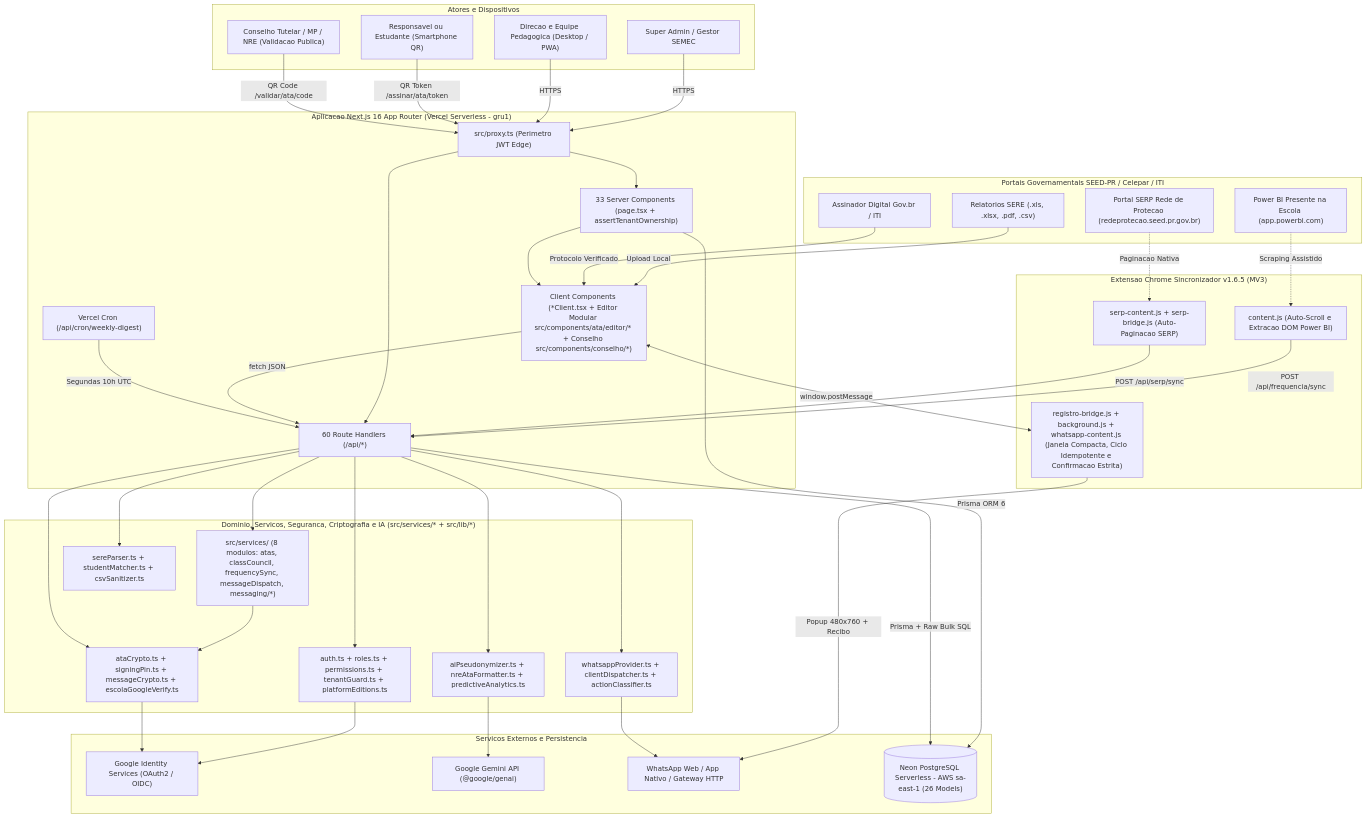
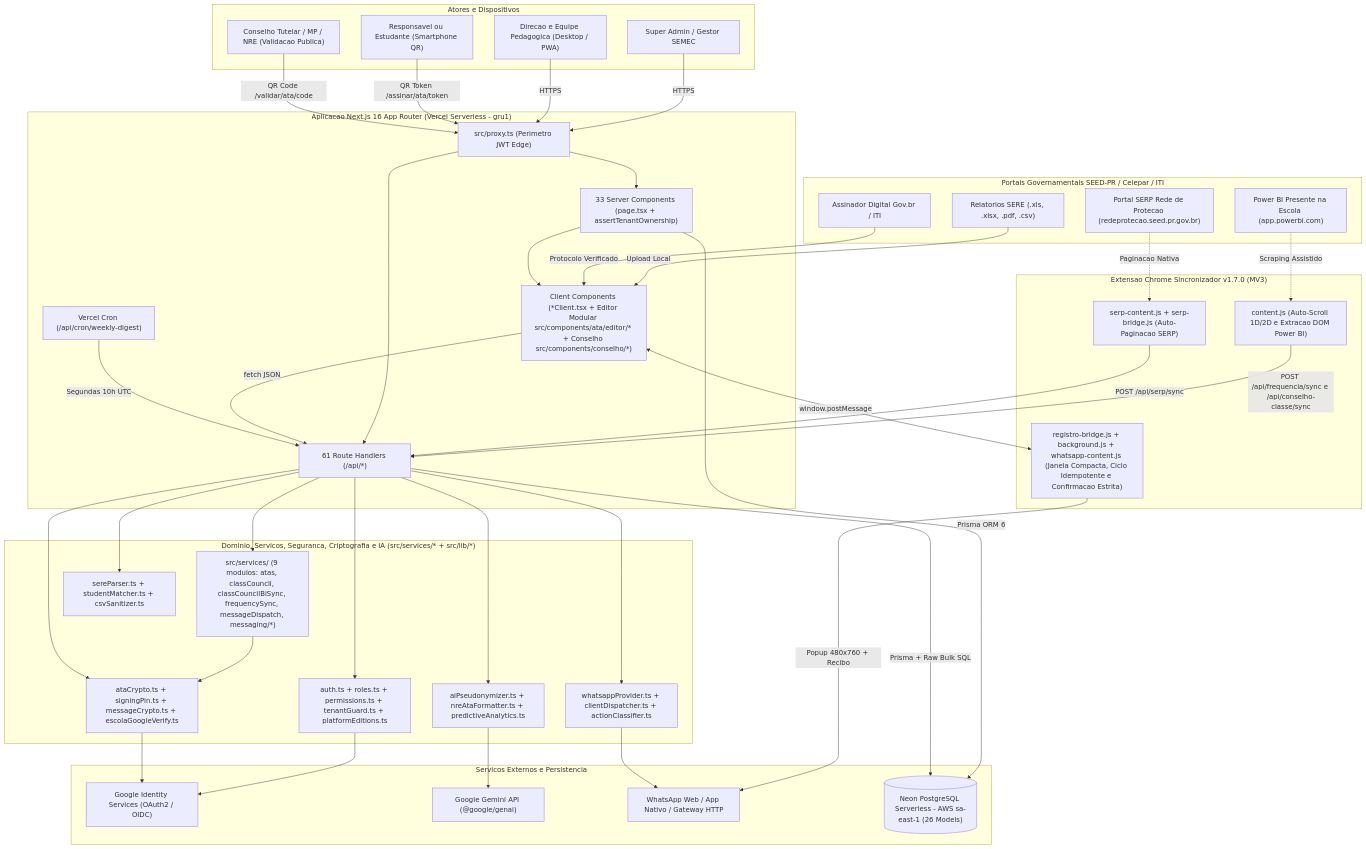
The first of 3 diagrams in docs/ARQUITETURA_E_ENGENHARIA.md (MarcosWrobel/rede-ativa), drawn with Mermaid before and after one commit. The commit also changed other lines of this file and 20 other files, not shown here.

Commit message:
feat(conselho-classe): scraping 2D do BI Aprendizagem (ESCOLA, TURMA, MAPA) na extensao v1.7.0

````diff
--- a/docs/ARQUITETURA_E_ENGENHARIA.md
+++ b/docs/ARQUITETURA_E_ENGENHARIA.md
@@ -24,81 +24,81 @@
 ```mermaid
 flowchart TD
     subgraph Actors ["Atores e Dispositivos"]
         SuperAdmin["Super Admin / Gestor SEMEC"]
         Staff["Direcao e Equipe Pedagogica (Desktop / PWA)"]
         Guardian["Responsavel ou Estudante (Smartphone QR)"]
         ExternalAuth["Conselho Tutelar / MP / NRE (Validacao Publica)"]
     end
 
     subgraph GovPortals ["Portais Governamentais SEED-PR / Celepar / ITI"]
         SERE["Relatorios SERE (.xls, .xlsx, .pdf, .csv)"]
         PBI["Power BI Presente na Escola (app.powerbi.com)"]
         SERP["Portal SERP Rede de Protecao (redeprotecao.seed.pr.gov.br)"]
         GovBr["Assinador Digital Gov.br / ITI"]
     end
 
-    subgraph Extension ["Extensao Chrome Sincronizador v1.6.5 (MV3)"]
-        PBIContent["content.js (Auto-Scroll e Extracao DOM Power BI)"]
+    subgraph Extension ["Extensao Chrome Sincronizador v1.7.0 (MV3)"]
+        PBIContent["content.js (Auto-Scroll 1D/2D e Extracao DOM Power BI)"]
         SERPBridge["serp-content.js + serp-bridge.js (Auto-Paginacao SERP)"]
         WABridge["registro-bridge.js + background.js + whatsapp-content.js (Janela Compacta, Ciclo Idempotente e Confirmacao Estrita)"]
     end
 
     subgraph NextApp ["Aplicacao Next.js 16 App Router (Vercel Serverless - gru1)"]
         EdgeProxy["src/proxy.ts (Perimetro JWT Edge)"]
         RSC["33 Server Components (page.tsx + assertTenantOwnership)"]
         ClientUI["Client Components (*Client.tsx + Editor Modular src/components/ata/editor/* + Conselho src/components/conselho/*)"]
-        APIRoutes["60 Route Handlers (/api/*)"]
+        APIRoutes["61 Route Handlers (/api/*)"]
         CronJob["Vercel Cron (/api/cron/weekly-digest)"]
     end
 
     subgraph CoreLibs ["Dominio, Servicos, Seguranca, Criptografia e IA (src/services/* + src/lib/*)"]
-        DomainServices["src/services/ (8 modulos: atas, classCouncil, frequencySync, messageDispatch, messaging/*)"]
+        DomainServices["src/services/ (9 modulos: atas, classCouncil, classCouncilBiSync, frequencySync, messageDispatch, messaging/*)"]
         AuthLib["auth.ts + roles.ts + permissions.ts + tenantGuard.ts + platformEditions.ts"]
         CryptoLib["ataCrypto.ts + signingPin.ts + messageCrypto.ts + escolaGoogleVerify.ts"]
         ParserLib["sereParser.ts + studentMatcher.ts + csvSanitizer.ts"]
         PrivacyAI["aiPseudonymizer.ts + nreAtaFormatter.ts + predictiveAnalytics.ts"]
         WALib["whatsappProvider.ts + clientDispatcher.ts + actionClassifier.ts"]
     end
 
     subgraph ExternalServices ["Servicos Externos e Persistencia"]
         GoogleOAuth["Google Identity Services (OAuth2 / OIDC)"]
         GeminiAPI["Google Gemini API (@google/genai)"]
         WhatsApp["WhatsApp Web / App Nativo / Gateway HTTP"]
         NeonDB[("Neon PostgreSQL Serverless - AWS sa-east-1 (26 Models)")]
     end
 
     SuperAdmin -->|HTTPS| EdgeProxy
     Staff -->|HTTPS| EdgeProxy
     Guardian -->|QR Token /assinar/ata/token| EdgeProxy
     ExternalAuth -->|QR Code /validar/ata/code| EdgeProxy
 
     SERE -->|Upload Local| ClientUI
     GovBr -->|Protocolo Verificado| ClientUI
     PBI -.->|Scraping Assistido| PBIContent
     SERP -.->|Paginacao Nativa| SERPBridge
-    PBIContent -->|POST /api/frequencia/sync| APIRoutes
+    PBIContent -->|POST /api/frequencia/sync e /api/conselho-classe/sync| APIRoutes
     SERPBridge -->|POST /api/serp/sync| APIRoutes
     ClientUI <-->|window.postMessage| WABridge
     WABridge -->|Popup 480x760 + Recibo| WhatsApp
 
     EdgeProxy --> RSC
     EdgeProxy --> APIRoutes
     RSC --> ClientUI
     ClientUI -->|fetch JSON| APIRoutes
     CronJob -->|Segundas 10h UTC| APIRoutes
 
     APIRoutes --> DomainServices
     DomainServices --> CryptoLib
     APIRoutes --> AuthLib
     APIRoutes --> CryptoLib
     APIRoutes --> ParserLib
     APIRoutes --> PrivacyAI
     APIRoutes --> WALib
 
     AuthLib --> GoogleOAuth
     CryptoLib --> GoogleOAuth
     PrivacyAI --> GeminiAPI
     WALib --> WhatsApp
     RSC -->|Prisma ORM 6| NeonDB
     APIRoutes -->|Prisma + Raw Bulk SQL| NeonDB
 ```
````
